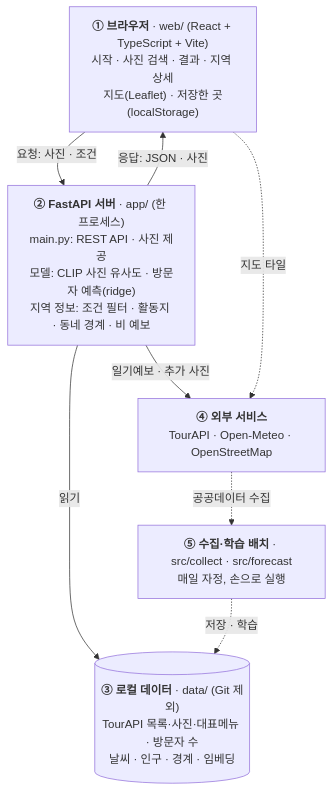
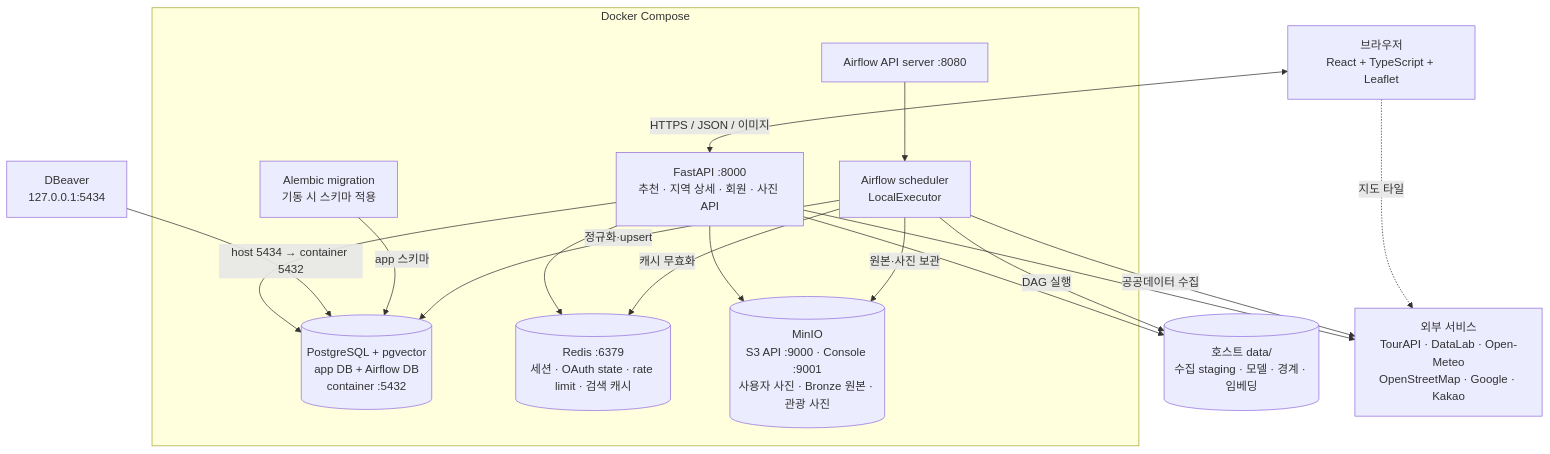
Before and after one commit to pihet/abroad-to-korea: the diagram in README.md, drawn with Mermaid. The commit also changed other lines of this file and 35 other files, not shown here.

````diff
--- a/README.md
+++ b/README.md
@@ -27,16 +29,34 @@
 ```mermaid
 flowchart TB
-  B["<b>① 브라우저</b> · web/ (React + TypeScript + Vite)<br/>시작 · 사진 검색 · 결과 · 지역 상세<br/>지도(Leaflet) · 저장한 곳(localStorage)"]
-  S["<b>② FastAPI 서버</b> · app/ (한 프로세스)<br/>main.py: REST API · 사진 제공<br/>모델: CLIP 사진 유사도 · 방문자 예측(ridge)<br/>지역 정보: 조건 필터 · 활동지 · 동네 경계 · 비 예보"]
-  D[("<b>③ 로컬 데이터</b> · data/ (Git 제외)<br/>TourAPI 목록·사진·대표메뉴 · 방문자 수<br/>날씨 · 인구 · 경계 · 임베딩")]
-  X["<b>④ 외부 서비스</b><br/>TourAPI · Open-Meteo · OpenStreetMap"]
-  J["<b>⑤ 수집·학습 배치</b> · src/collect · src/forecast<br/>매일 자정, 손으로 실행"]
+  U["브라우저<br/>React + TypeScript + Leaflet"]
+  DBA["DBeaver<br/>127.0.0.1:5434"]
 
-  B -- "요청: 사진 · 조건" --> S
-  S -- "응답: JSON · 사진" --> B
-  S -- "읽기" --> D
-  S -- "일기예보 · 추가 사진" --> X
-  B -. "지도 타일" .-> X
-  X -. "공공데이터 수집" .-> J
-  J -. "저장 · 학습" .-> D
+  subgraph DC["Docker Compose"]
+    API["FastAPI :8000<br/>추천 · 지역 상세 · 회원 · 사진 API"]
+    MIG["Alembic migration<br/>기동 시 스키마 적용"]
+    PG[("PostgreSQL + pgvector<br/>app DB + Airflow DB<br/>container :5432")]
+    REDIS[("Redis :6379<br/>세션 · OAuth state · rate limit · 검색 캐시")]
+    MINIO[("MinIO<br/>S3 API :9000 · Console :9001<br/>사용자 사진 · Bronze 원본 · 관광 사진")]
+    AFUI["Airflow API server :8080"]
+    AFS["Airflow scheduler<br/>LocalExecutor"]
+  end
+
+  STAGE[("호스트 data/<br/>수집 staging · 모델 · 경계 · 임베딩")]
+  EXT["외부 서비스<br/>TourAPI · DataLab · Open-Meteo<br/>OpenStreetMap · Google · Kakao"]
+
+  U <-- "HTTPS / JSON / 이미지" --> API
+  U -. "지도 타일" .-> EXT
+  API --> PG
+  API --> REDIS
+  API --> MINIO
+  API --> STAGE
+  API --> EXT
+  DBA -- "host 5434 → container 5432" --> PG
+  MIG -- "app 스키마" --> PG
+  AFUI --> AFS
+  AFS -- "DAG 실행" --> STAGE
+  AFS -- "공공데이터 수집" --> EXT
+  AFS -- "정규화·upsert" --> PG
+  AFS -- "원본·사진 보관" --> MINIO
+  AFS -- "캐시 무효화" --> REDIS
 ```
````
